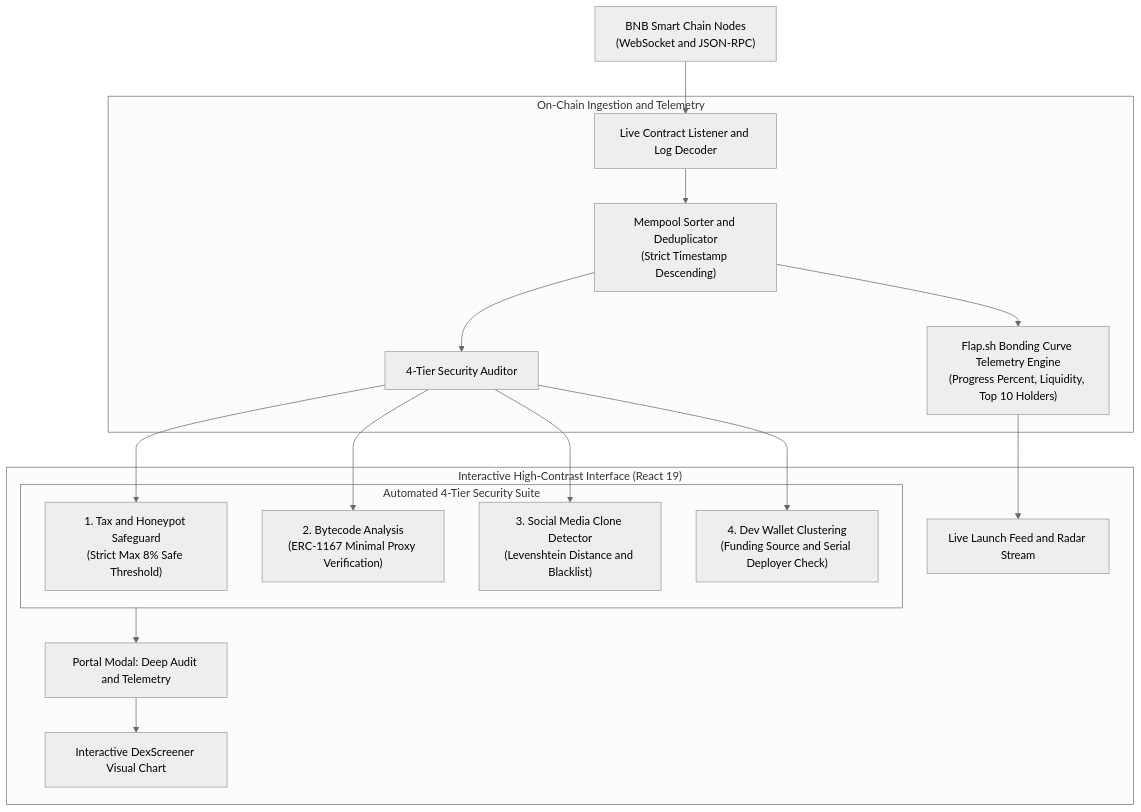
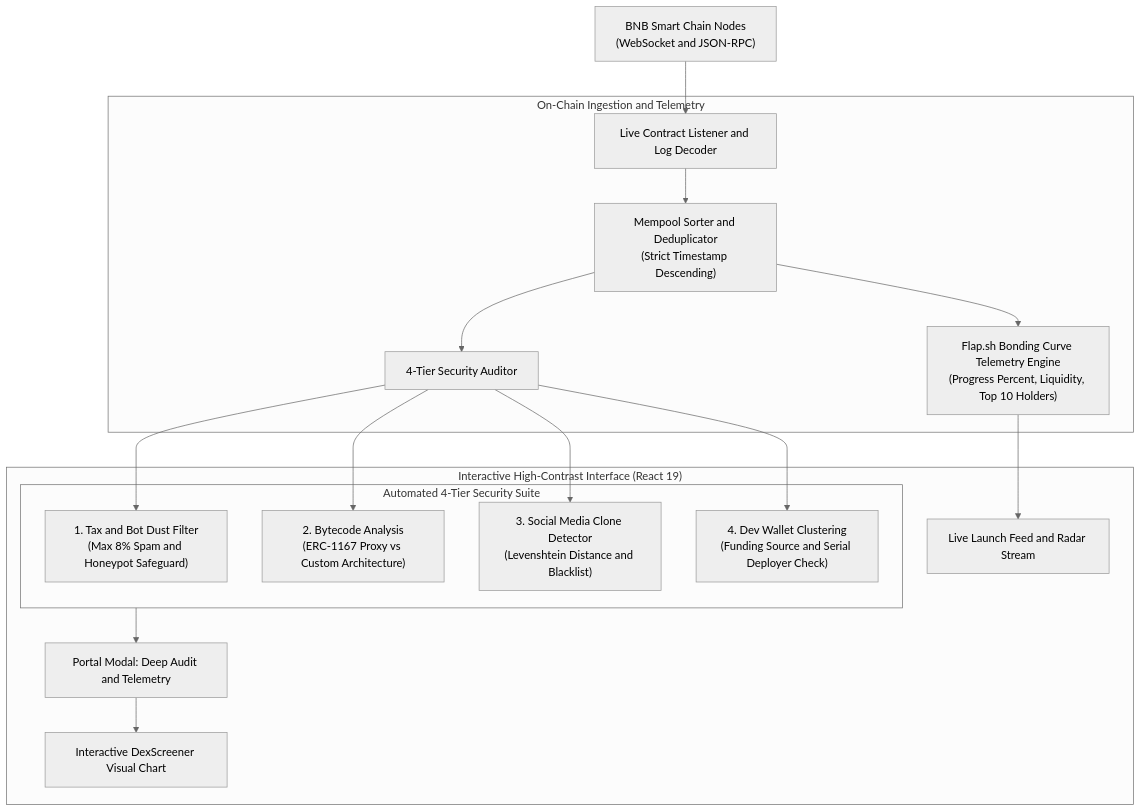
Before and after one commit to Lukecele/inception-flap-scanner: the diagram in README.md, drawn with Mermaid (neutral theme). The commit also changed other lines of this file, not shown here.

Commit message:
docs: clarify 8% tax bot-dust filter and ERC-1167 proxy innovation detection

````diff
--- a/README.md
+++ b/README.md
@@ -29,23 +29,23 @@
 ```mermaid
 flowchart TD
     Node["BNB Smart Chain Nodes<br/>(WebSocket and JSON-RPC)"] --> Ingestion["Live Contract Listener and Log Decoder"]
     
     subgraph CoreEngine["On-Chain Ingestion and Telemetry"]
         Ingestion --> Sorter["Mempool Sorter and Deduplicator<br/>(Strict Timestamp Descending)"]
         Sorter --> Auditor["4-Tier Security Auditor"]
         Sorter --> CurveTelemetry["Flap.sh Bonding Curve Telemetry Engine<br/>(Progress Percent, Liquidity, Top 10 Holders)"]
     end
 
     subgraph SecurityChecks["Automated 4-Tier Security Suite"]
-        Auditor --> Tax["1. Tax and Honeypot Safeguard<br/>(Strict Max 8% Safe Threshold)"]
-        Auditor --> Proxy["2. Bytecode Analysis<br/>(ERC-1167 Minimal Proxy Verification)"]
+        Auditor --> Tax["1. Tax and Bot Dust Filter<br/>(Max 8% Spam and Honeypot Safeguard)"]
+        Auditor --> Proxy["2. Bytecode Analysis<br/>(ERC-1167 Proxy vs Custom Architecture)"]
         Auditor --> Phish["3. Social Media Clone Detector<br/>(Levenshtein Distance and Blacklist)"]
         Auditor --> Dev["4. Dev Wallet Clustering<br/>(Funding Source and Serial Deployer Check)"]
     end
 
     subgraph UI["Interactive High-Contrast Interface (React 19)"]
         CurveTelemetry --> TerminalUI["Live Launch Feed and Radar Stream"]
         SecurityChecks --> ModalUI["Portal Modal: Deep Audit and Telemetry"]
         ModalUI --> DexScreener["Interactive DexScreener Visual Chart"]
     end
 ```
````
